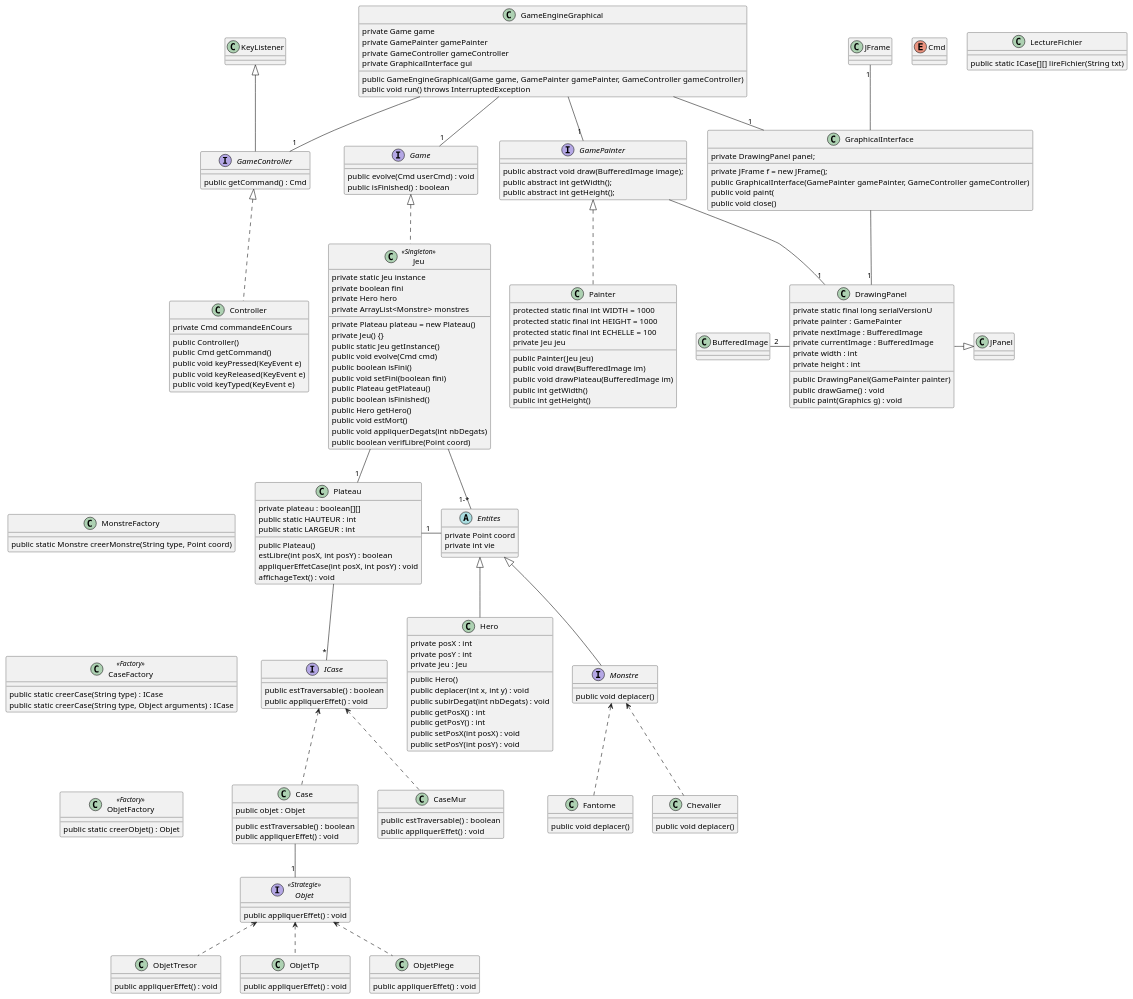
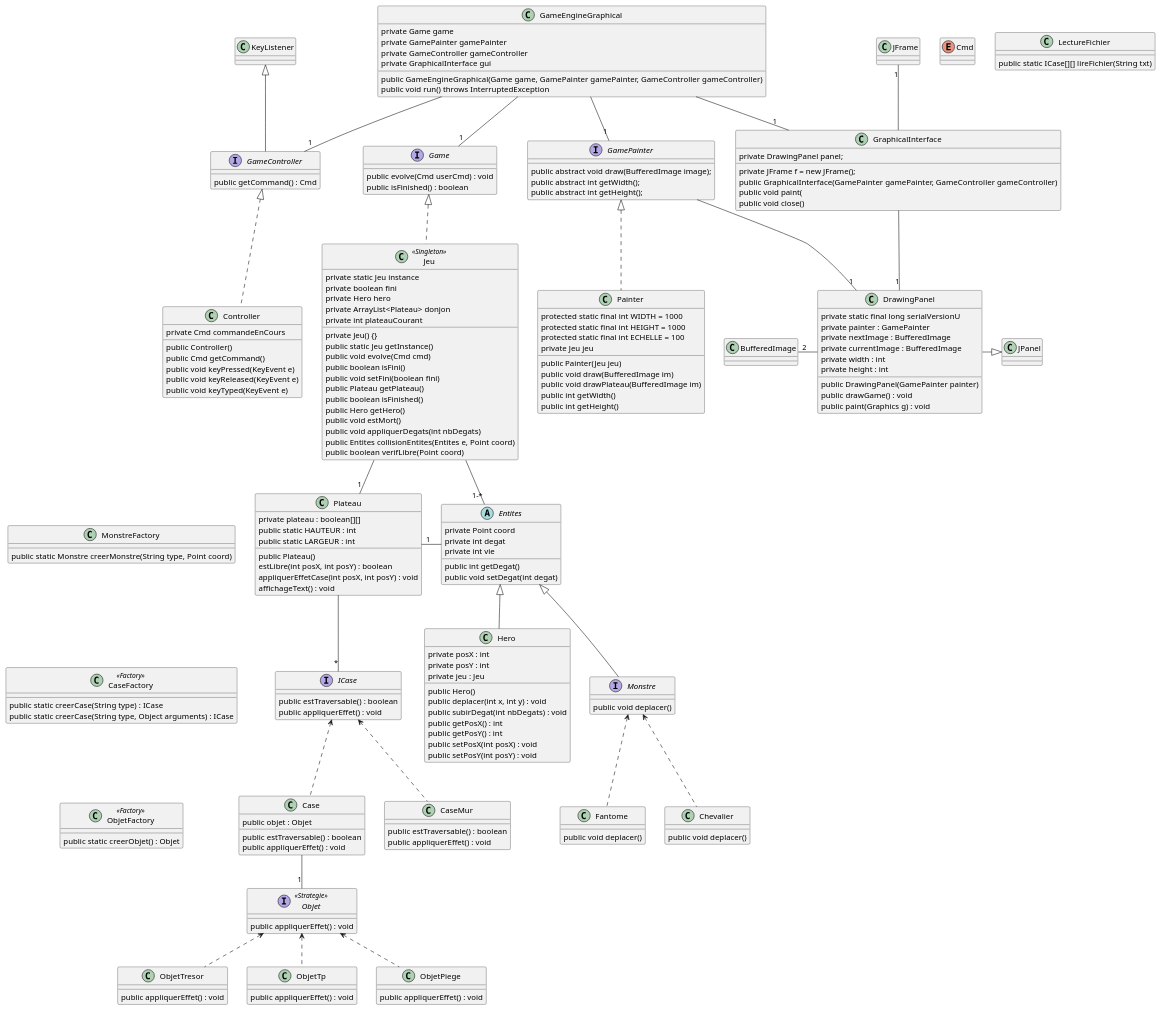
Before and after one commit to fujine/ACL2017_AbJoGuiQuen-: the diagram in Conception/Diagramme de classe.puml, drawn with PlantUML. The commit also changed 2 other files, not shown here.

```diff
--- a/Conception/Diagramme de classe.puml
+++ b/Conception/Diagramme de classe.puml
@@ -15,7 +15,10 @@
 
 	Abstract Entites {
 	    private Point coord
+	    private int degat
 	    private int vie
+	    public int getDegat()
+	    public void setDegat(int degat)
 	}
 
 	Class Chevalier {
@@ -23,7 +26,7 @@
 	}
 
 	Class Fantome {
-    	    public void deplacer()
+    	public void deplacer()
     }
 
 	Interface Monstre extends Entites{
@@ -159,8 +162,8 @@
         private static Jeu instance
         private boolean fini
         private Hero hero
-        private ArrayList<Monstre> monstres
-        private Plateau plateau = new Plateau()
+        private ArrayList<Plateau> donjon
+        private int plateauCourant
         private Jeu() {}
         public static Jeu getInstance()
         public void evolve(Cmd cmd)
@@ -171,6 +174,7 @@
         public Hero getHero()
         public void estMort()
         public void appliquerDegats(int nbDegats)
+        public Entites collisionEntites(Entites e, Point coord)
         public boolean verifLibre(Point coord)
     }
 
```
